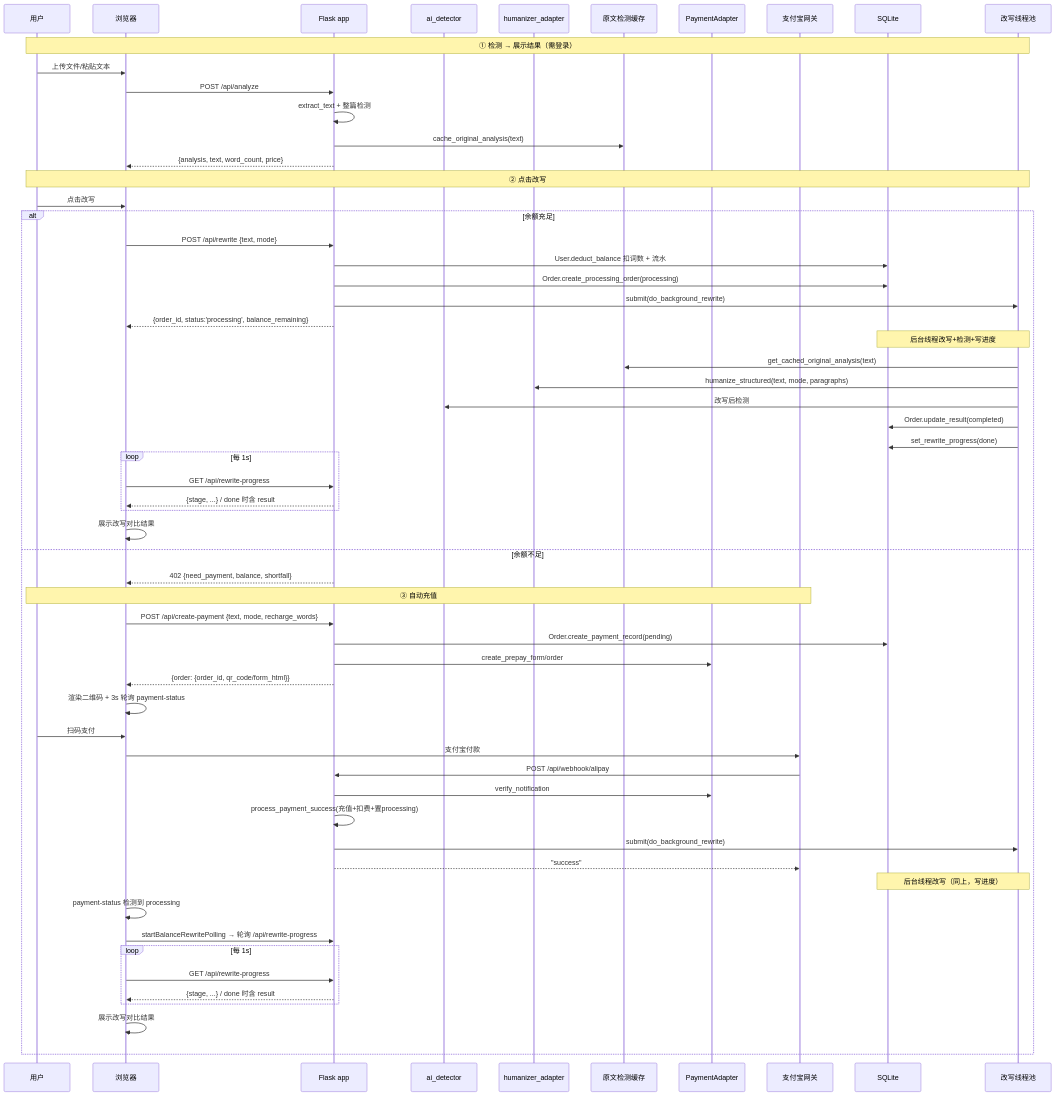
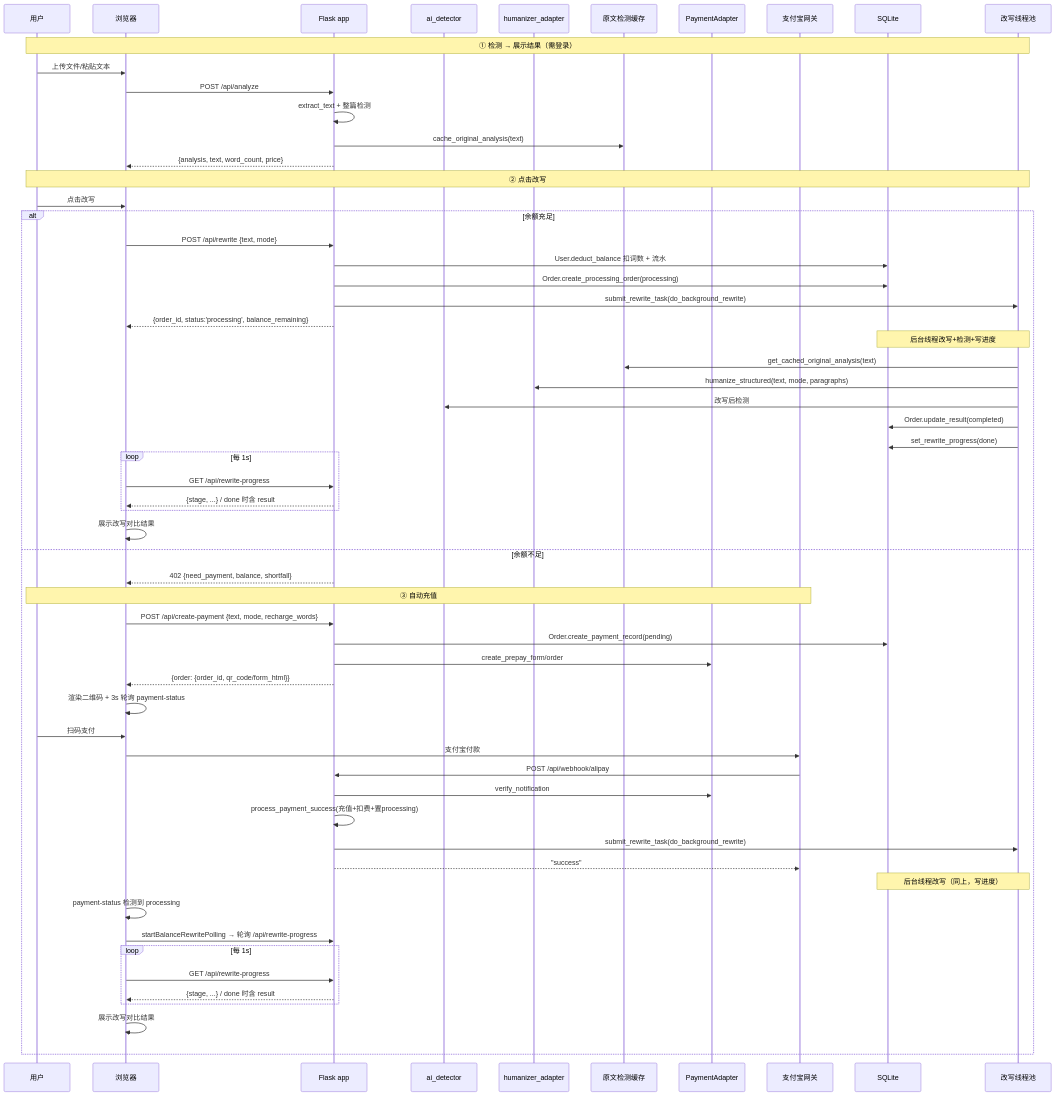
One commit to ipengai/aigc-humanizer-en changed the seventh of 12 diagrams in docs/技术方案.md. Above: the diagram before and after it, drawn with Mermaid. The commit also changed other lines of this file and 20 other files, not shown here.

Commit message:
feat(humanizer): add LLM failover and harden payment flow

````diff
--- a/docs/技术方案.md
+++ b/docs/技术方案.md
@@ -515,64 +522,64 @@
 ```mermaid
 sequenceDiagram
     participant User as 用户
     participant Browser as 浏览器
     participant App as Flask app
     participant AI as ai_detector
     participant HZ as humanizer_adapter
     participant Cache as 原文检测缓存
     participant PAdapter as PaymentAdapter
     participant Alipay as 支付宝网关
     participant DB as SQLite
     participant Executor as 改写线程池
 
     Note over User, Executor: ① 检测 → 展示结果（需登录）
     User->>Browser: 上传文件/粘贴文本
     Browser->>App: POST /api/analyze
     App->>App: extract_text + 整篇检测
     App->>Cache: cache_original_analysis(text)
     App-->>Browser: {analysis, text, word_count, price}
 
     Note over User, Executor: ② 点击改写
     User->>Browser: 点击改写
     alt 余额充足
         Browser->>App: POST /api/rewrite {text, mode}
         App->>DB: User.deduct_balance 扣词数 + 流水
         App->>DB: Order.create_processing_order(processing)
-        App->>Executor: submit(do_background_rewrite)
+        App->>Executor: submit_rewrite_task(do_background_rewrite)
         App-->>Browser: {order_id, status:'processing', balance_remaining}
         Note over Executor, DB: 后台线程改写+检测+写进度
         Executor->>Cache: get_cached_original_analysis(text)
         Executor->>HZ: humanize_structured(text, mode, paragraphs)
         Executor->>AI: 改写后检测
         Executor->>DB: Order.update_result(completed)
         Executor->>DB: set_rewrite_progress(done)
         loop 每 1s
             Browser->>App: GET /api/rewrite-progress
             App-->>Browser: {stage, ...} / done 时含 result
         end
         Browser->>Browser: 展示改写对比结果
     else 余额不足
         App-->>Browser: 402 {need_payment, balance, shortfall}
         Note over User, Alipay: ③ 自动充值
         Browser->>App: POST /api/create-payment {text, mode, recharge_words}
         App->>DB: Order.create_payment_record(pending)
         App->>PAdapter: create_prepay_form/order
         App-->>Browser: {order: {order_id, qr_code/form_html}}
         Browser->>Browser: 渲染二维码 + 3s 轮询 payment-status
         User->>Browser: 扫码支付
         Browser->>Alipay: 支付宝付款
         Alipay->>App: POST /api/webhook/alipay
         App->>PAdapter: verify_notification
         App->>App: process_payment_success(充值+扣费+置processing)
-        App->>Executor: submit(do_background_rewrite)
+        App->>Executor: submit_rewrite_task(do_background_rewrite)
         App-->>Alipay: "success"
         Note over Executor, DB: 后台线程改写（同上，写进度）
         Browser->>Browser: payment-status 检测到 processing
         Browser->>App: startBalanceRewritePolling → 轮询 /api/rewrite-progress
         loop 每 1s
             Browser->>App: GET /api/rewrite-progress
             App-->>Browser: {stage, ...} / done 时含 result
         end
         Browser->>Browser: 展示改写对比结果
     end
 ```
````
